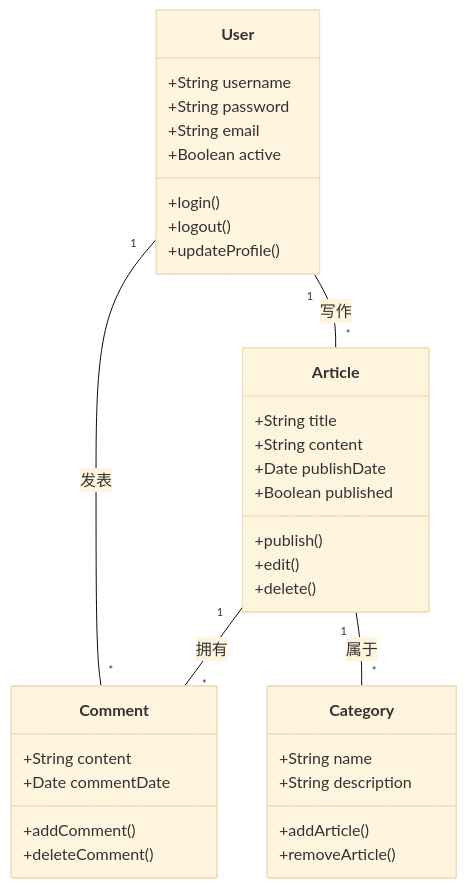
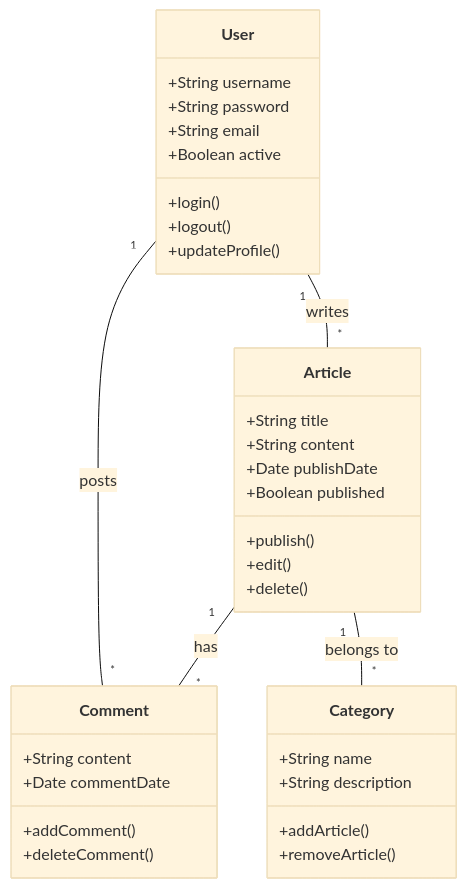
Before and after one commit to Erym03/lacorteblu.github.io: the fourth of 6 diagrams in src/content/posts/markdown-mermaid.md, drawn with Mermaid (base theme). The commit also changed other lines of this file and 572 other files, not shown here.

````diff
--- a/src/content/posts/markdown-mermaid.md
+++ b/src/content/posts/markdown-mermaid.md
@@ -105,41 +105,41 @@
 ```mermaid
 classDiagram
     class User {
         +String username
         +String password
         +String email
         +Boolean active
         +login()
         +logout()
         +updateProfile()
     }
     
     class Article {
         +String title
         +String content
         +Date publishDate
         +Boolean published
         +publish()
         +edit()
         +delete()
     }
     
     class Comment {
         +String content
         +Date commentDate
         +addComment()
         +deleteComment()
     }
     
     class Category {
         +String name
         +String description
         +addArticle()
         +removeArticle()
     }
     
-    User "1" -- "*" Article : 写作
-    User "1" -- "*" Comment : 发表
-    Article "1" -- "*" Comment : 拥有
-    Article "1" -- "*" Category : 属于
+    User "1" -- "*" Article : writes
+    User "1" -- "*" Comment : posts
+    Article "1" -- "*" Comment : has
+    Article "1" -- "*" Category : belongs to
 ```
````
